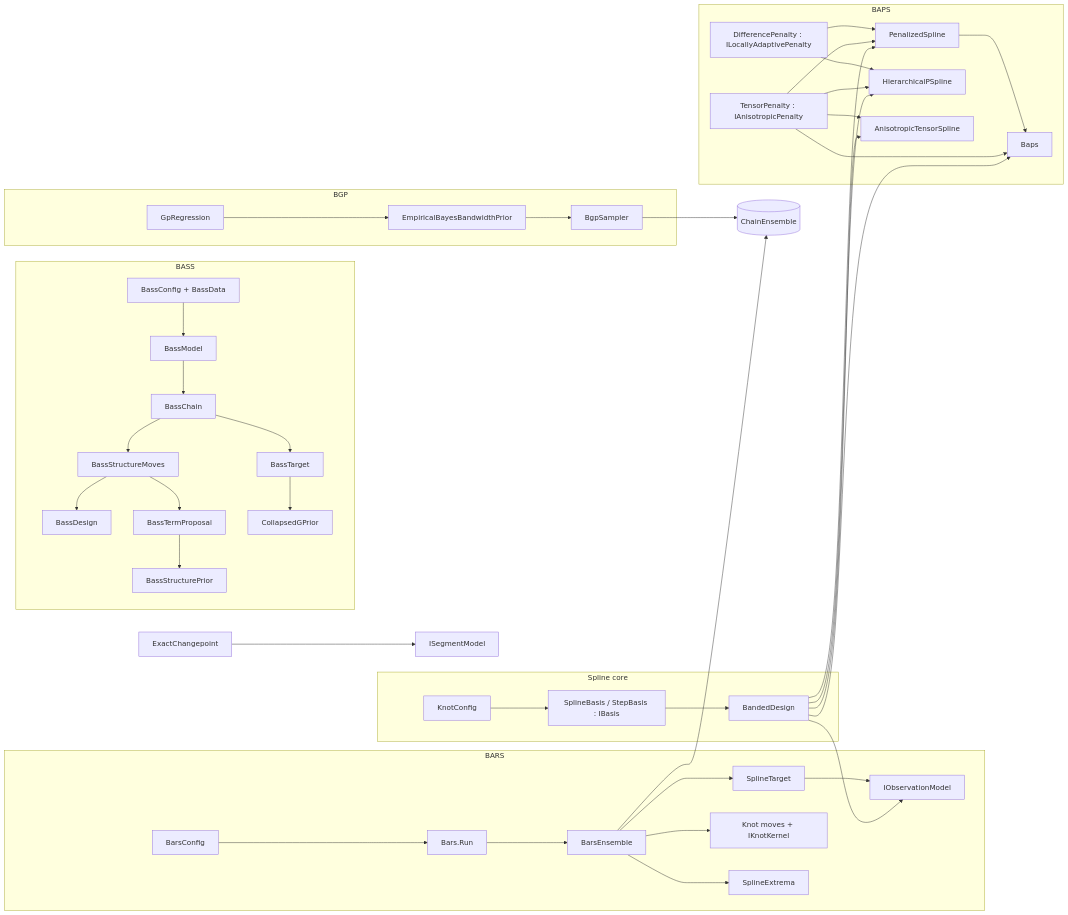
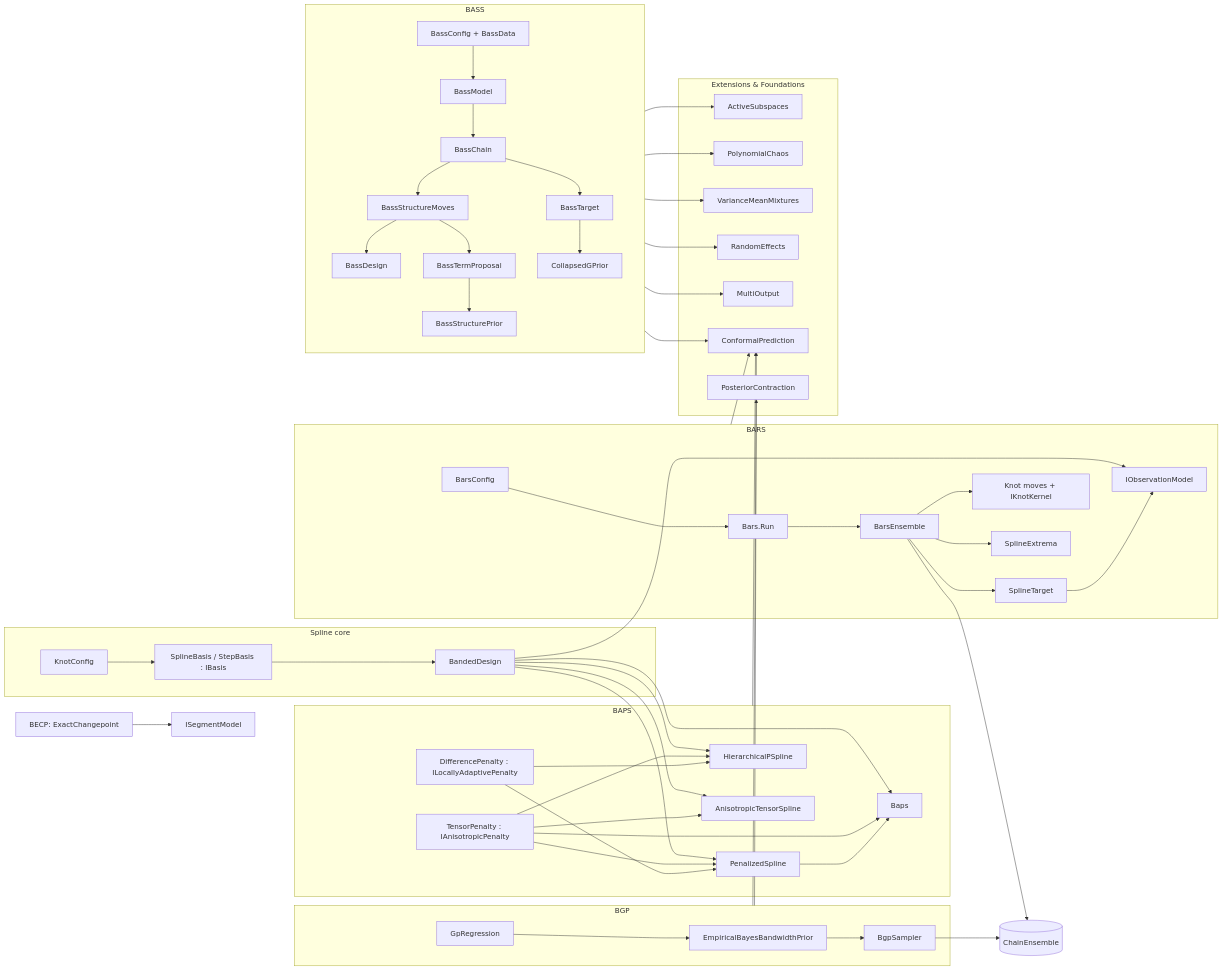
Before and after one commit to aghado01/ThermoMapper: the diagram in docs/Maths/Regression/Regression.md, drawn with Mermaid. The commit also changed other lines of this file and 15 other files, not shown here.

````diff
--- a/docs/Maths/Regression/Regression.md
+++ b/docs/Maths/Regression/Regression.md
@@ -28,32 +45,44 @@
 ```mermaid
 flowchart LR
   subgraph Spline core
     KC[KnotConfig] --> SB[SplineBasis / StepBasis : IBasis] --> BD[BandedDesign]
   end
   subgraph BARS
     BC[BarsConfig] --> BR[Bars.Run] --> BE[BarsEnsemble]
     BE --> ST[SplineTarget] --> OM[IObservationModel]
     BE --> KM[Knot moves + IKnotKernel]
     BE --> SX[SplineExtrema]
   end
   subgraph BASS
     QC["BassConfig + BassData"] --> QM[BassModel] --> QH[BassChain]
     QH --> QS[BassStructureMoves] --> QD[BassDesign]
     QS --> QP[BassTermProposal] --> QR[BassStructurePrior]
     QH --> QT[BassTarget] --> CG[CollapsedGPrior]
   end
   subgraph BAPS
     DP[DifferencePenalty : ILocallyAdaptivePenalty] --> PS[PenalizedSpline] --> BS[Baps]
     DP --> HP[HierarchicalPSpline]
     TP[TensorPenalty : IAnisotropicPenalty] --> PS
     TP --> BS
     TP --> HP
     TP --> AT[AnisotropicTensorSpline]
   end
   subgraph BGP
     GP[GpRegression] --> EB[EmpiricalBayesBandwidthPrior] --> BG[BgpSampler]
   end
-  EC[ExactChangepoint] --> SM[ISegmentModel]
+  subgraph Extensions & Foundations
+    AS[ActiveSubspaces]
+    PC[PolynomialChaos]
+    VM[VarianceMeanMixtures]
+    RE[RandomEffects]
+    MO[MultiOutput]
+    CP[ConformalPrediction]
+    PO[PosteriorContraction]
+  end
+  EC[BECP: ExactChangepoint] --> SM[ISegmentModel]
   BD --> OM & PS & BS & HP & AT
   BE & BG --> CE[(ChainEnsemble)]
+  BASS --> AS & PC & VM & RE & MO
+  BASS & BARS & BAPS & BGP --> CP
+  BGP --> PO
 ```
````
